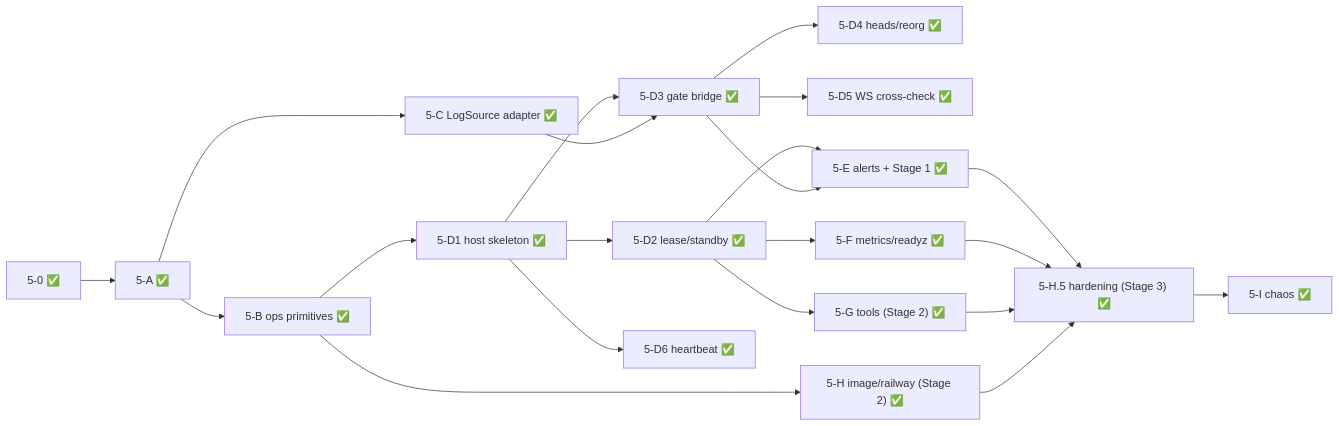
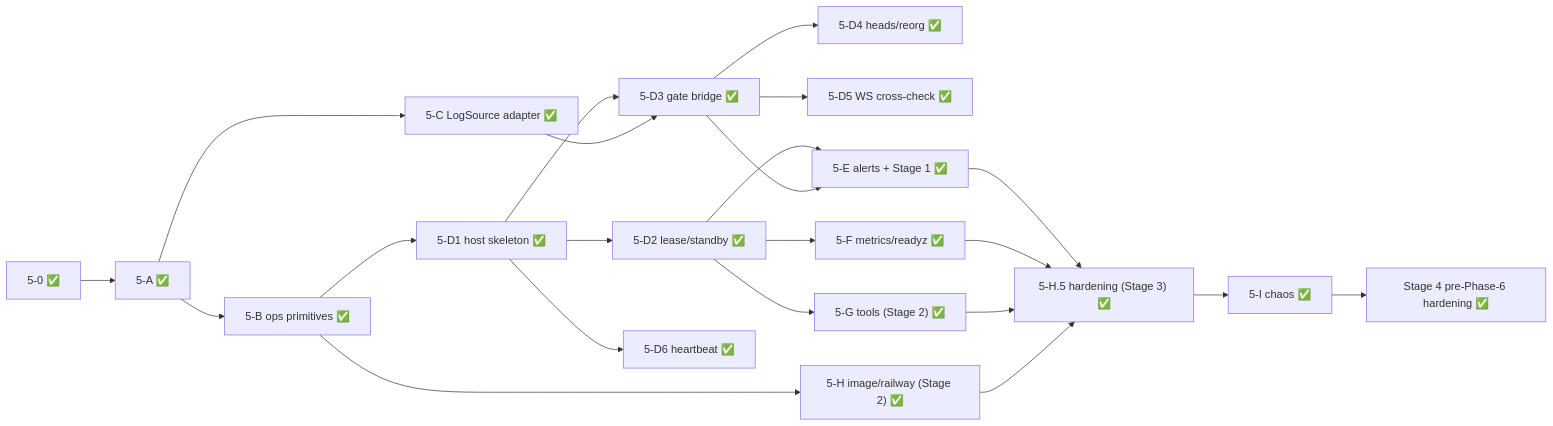
The diagram in doc/implmentation_plans/90_phase5_readiness_and_tasks.md (groai-fi/evm_cpp_listener), drawn with Mermaid before and after one commit. The commit also changed other lines of this file and 1 other file, not shown here.

First line of the commit message:
docs(plan): record Stage 4 pre-Phase-6 hardening in plans 60 and 90

````diff
--- a/doc/implmentation_plans/90_phase5_readiness_and_tasks.md
+++ b/doc/implmentation_plans/90_phase5_readiness_and_tasks.md
@@ -184,23 +185,24 @@
 ```mermaid
 graph LR
   P0["5-0 ✅"] --> A["5-A ✅"]
   A --> B["5-B ops primitives ✅"]
   A --> C["5-C LogSource adapter ✅"]
   B --> D1["5-D1 host skeleton ✅"]
   D1 --> D2["5-D2 lease/standby ✅"]
   D1 --> D3["5-D3 gate bridge ✅"]
   C --> D3
   D3 --> D4["5-D4 heads/reorg ✅"]
   D3 --> D5["5-D5 WS cross-check ✅"]
   D1 --> D6["5-D6 heartbeat ✅"]
   D2 --> E["5-E alerts + Stage 1 ✅"]
   D3 --> E
   D2 --> F["5-F metrics/readyz ✅"]
   D2 --> G["5-G tools (Stage 2) ✅"]
   B --> H["5-H image/railway (Stage 2) ✅"]
   E --> H5["5-H.5 hardening (Stage 3) ✅"]
   F --> H5
   G --> H5
   H --> H5
   H5 --> I["5-I chaos ✅"]
+  I --> S4["Stage 4 pre-Phase-6 hardening ✅"]
 ```
````
